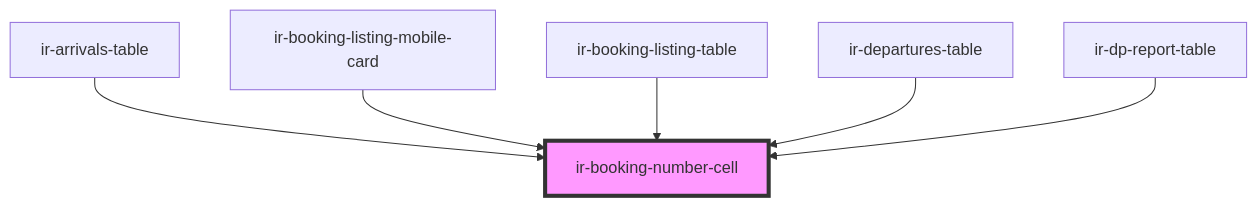
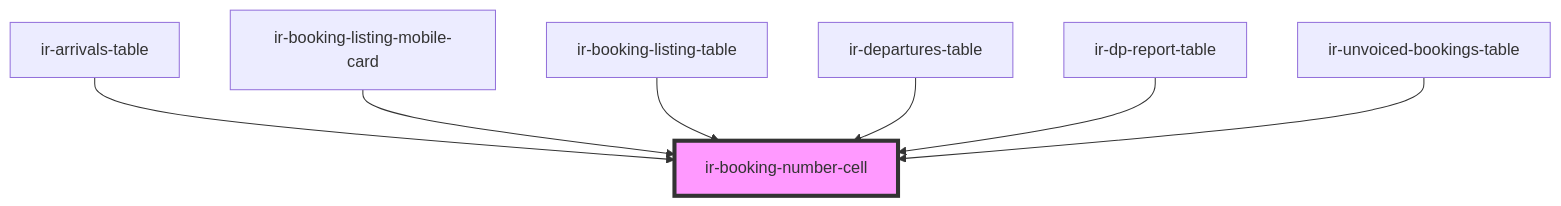
Before and after one commit to RonyRizk/ir-webcmp: the diagram in src/components/table-cells/booking/ir-booking-number-cell/readme.md, drawn with Mermaid. The commit also changed other lines of this file and 244 other files, not shown here.

````diff
--- a/src/components/table-cells/booking/ir-booking-number-cell/readme.md
+++ b/src/components/table-cells/booking/ir-booking-number-cell/readme.md
@@ -44,9 +45,10 @@
 ```mermaid
 graph TD;
   ir-arrivals-table --> ir-booking-number-cell
   ir-booking-listing-mobile-card --> ir-booking-number-cell
   ir-booking-listing-table --> ir-booking-number-cell
   ir-departures-table --> ir-booking-number-cell
   ir-dp-report-table --> ir-booking-number-cell
+  ir-unvoiced-bookings-table --> ir-booking-number-cell
   style ir-booking-number-cell fill:#f9f,stroke:#333,stroke-width:4px
 ```
````
